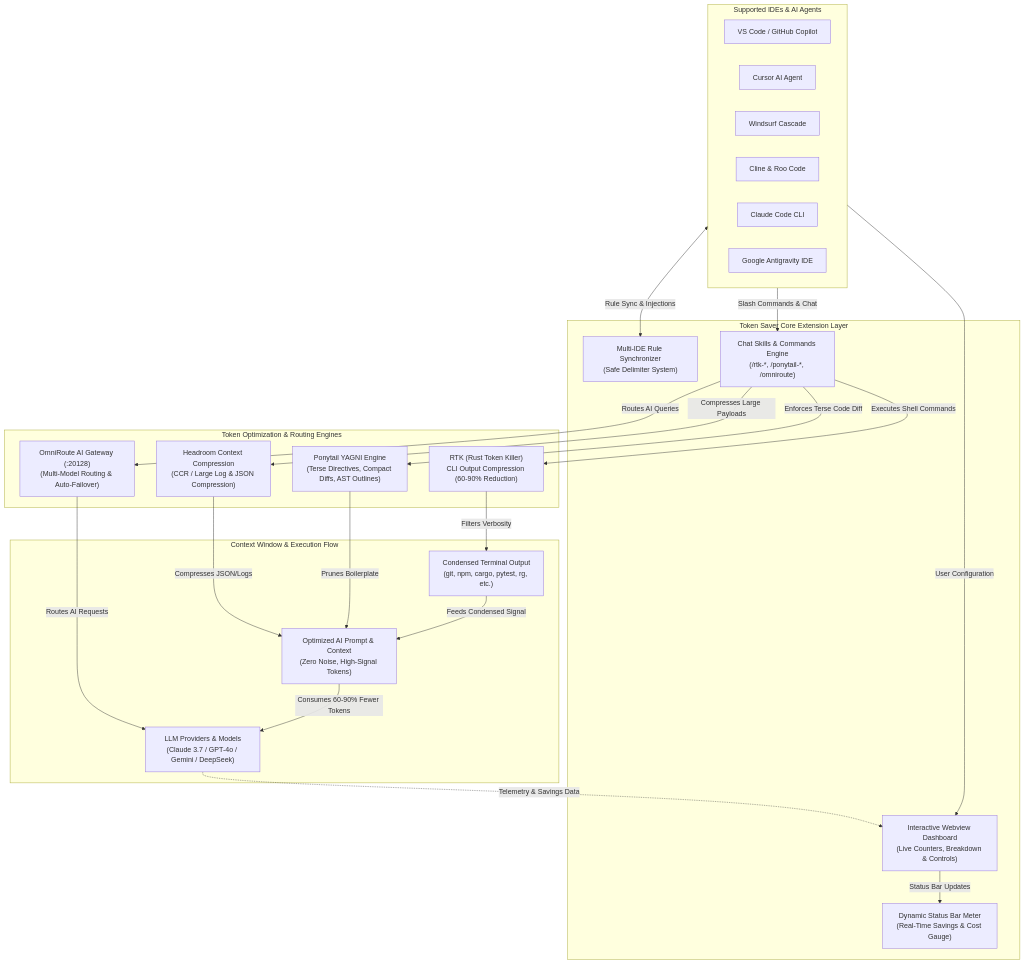
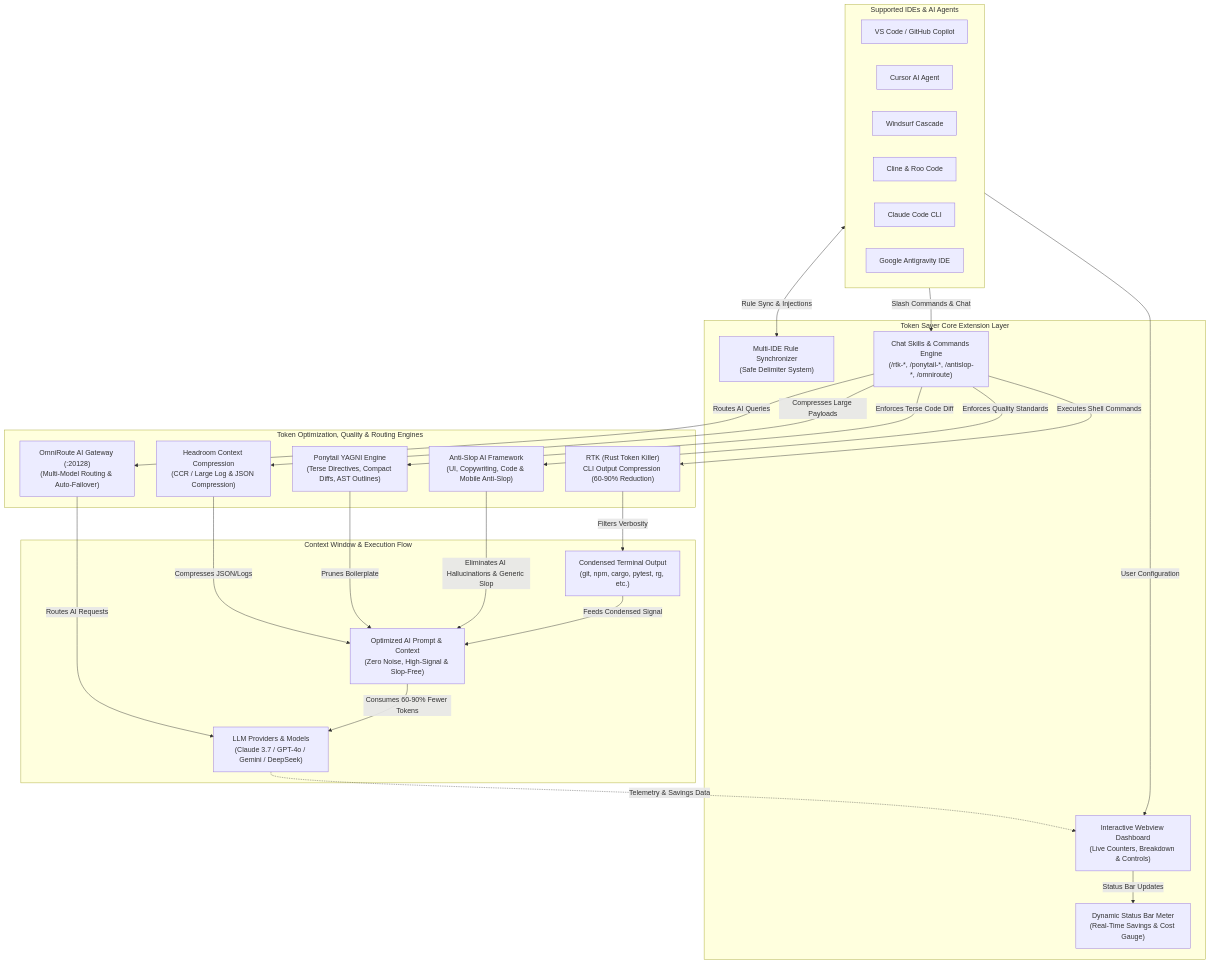
Before and after one commit to terenceooi99/token-saver-rtk-ide: the diagram in README.md, drawn with Mermaid. The commit also changed other lines of this file and 33 other files, not shown here.

Commit message:
feat: integrate Anti-Slop AI framework skills, scripts, and documentation into extension

````diff
--- a/README.md
+++ b/README.md
@@ -23,51 +23,54 @@
 ```mermaid
 flowchart TD
     subgraph IDEs ["Supported IDEs & AI Agents"]
         VSCode["VS Code / GitHub Copilot"]
         Cursor["Cursor AI Agent"]
         Windsurf["Windsurf Cascade"]
         ClineRoo["Cline & Roo Code"]
         Claude["Claude Code CLI"]
         Antigravity["Google Antigravity IDE"]
     end
 
     subgraph TokenSaver ["Token Saver Core Extension Layer"]
         RuleSync["Multi-IDE Rule Synchronizer<br/>(Safe Delimiter System)"]
         WebviewDash["Interactive Webview Dashboard<br/>(Live Counters, Breakdown & Controls)"]
         StatusBar["Dynamic Status Bar Meter<br/>(Real-Time Savings & Cost Gauge)"]
-        SlashSkills["Chat Skills & Commands Engine<br/>(/rtk-*, /ponytail-*, /omniroute)"]
+        SlashSkills["Chat Skills & Commands Engine<br/>(/rtk-*, /ponytail-*, /antislop-*, /omniroute)"]
     end
 
-    subgraph OptimEngines ["Token Optimization & Routing Engines"]
+    subgraph OptimEngines ["Token Optimization, Quality & Routing Engines"]
         RTK["RTK (Rust Token Killer)<br/>CLI Output Compression (60-90% Reduction)"]
         Headroom["Headroom Context Compression<br/>(CCR / Large Log & JSON Compression)"]
         Ponytail["Ponytail YAGNI Engine<br/>(Terse Directives, Compact Diffs, AST Outlines)"]
+        AntiSlop["Anti-Slop AI Framework<br/>(UI, Copywriting, Code & Mobile Anti-Slop)"]
         OmniRoute["OmniRoute AI Gateway (:20128)<br/>(Multi-Model Routing & Auto-Failover)"]
     end
 
     subgraph ContextOptimization ["Context Window & Execution Flow"]
         TerminalOut["Condensed Terminal Output<br/>(git, npm, cargo, pytest, rg, etc.)"]
-        AgentPrompt["Optimized AI Prompt & Context<br/>(Zero Noise, High-Signal Tokens)"]
+        AgentPrompt["Optimized AI Prompt & Context<br/>(Zero Noise, High-Signal & Slop-Free)"]
         LLMModels["LLM Providers & Models<br/>(Claude 3.7 / GPT-4o / Gemini / DeepSeek)"]
     end
 
     %% Connections
     IDEs <-->|"Rule Sync & Injections"| RuleSync
     IDEs -->|"Slash Commands & Chat"| SlashSkills
     IDEs -->|"User Configuration"| WebviewDash
     WebviewDash -->|"Status Bar Updates"| StatusBar
 
     SlashSkills -->|"Executes Shell Commands"| RTK
     SlashSkills -->|"Compresses Large Payloads"| Headroom
     SlashSkills -->|"Enforces Terse Code Diff"| Ponytail
+    SlashSkills -->|"Enforces Quality Standards"| AntiSlop
     SlashSkills -->|"Routes AI Queries"| OmniRoute
 
     RTK -->|"Filters Verbosity"| TerminalOut
     Headroom -->|"Compresses JSON/Logs"| AgentPrompt
     Ponytail -->|"Prunes Boilerplate"| AgentPrompt
+    AntiSlop -->|"Eliminates AI Hallucinations & Generic Slop"| AgentPrompt
     OmniRoute -->|"Routes AI Requests"| LLMModels
 
     TerminalOut -->|"Feeds Condensed Signal"| AgentPrompt
     AgentPrompt -->|"Consumes 60-90% Fewer Tokens"| LLMModels
     LLMModels -.->|"Telemetry & Savings Data"| WebviewDash
 ```
````
